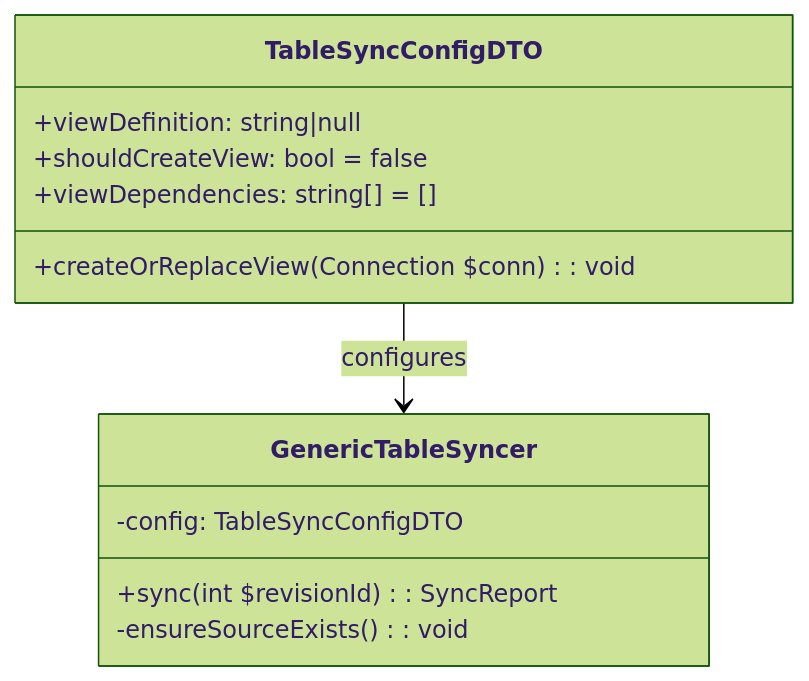
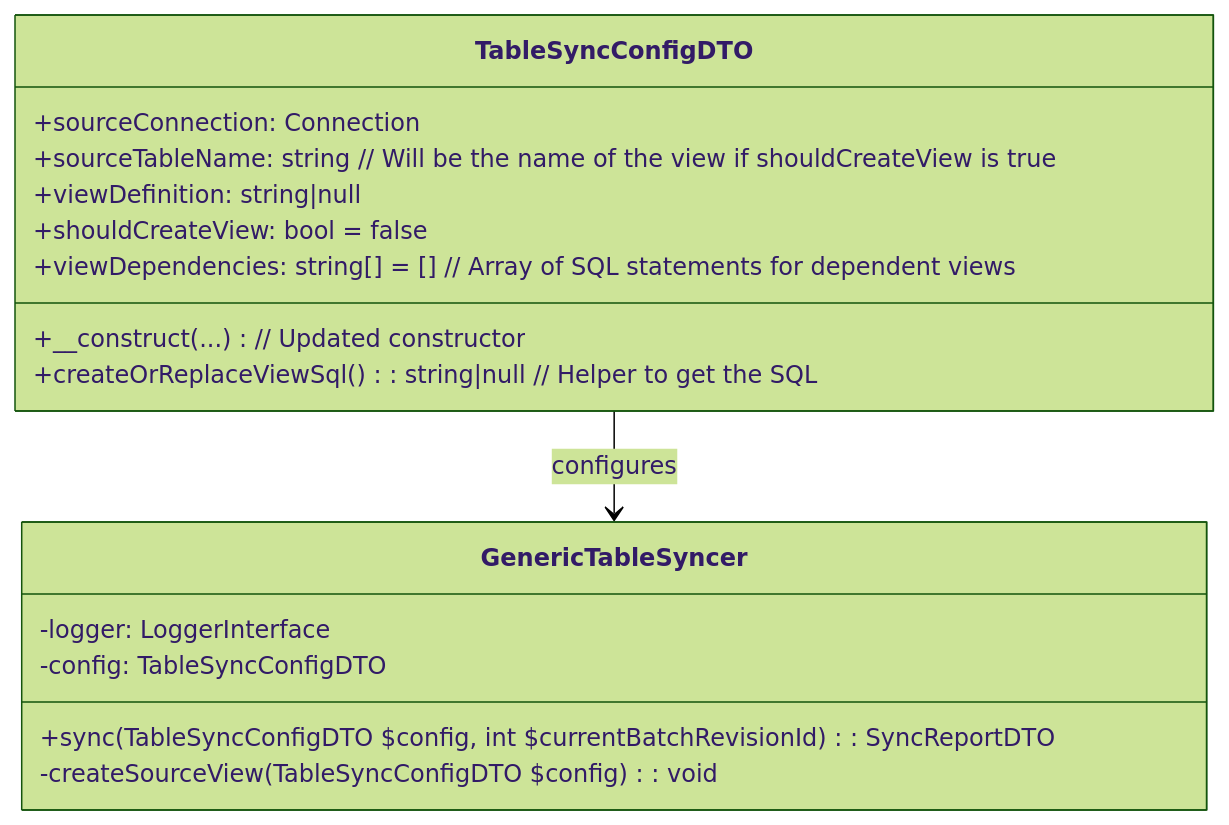
The first of 2 diagrams in ai_docs/plans/PLAN__table_syncer_view_feature.md (topdata-software-gmbh/table-syncer), drawn with Mermaid (forest theme) before and after one commit. The commit also changed other lines of this file, not shown here.

````diff
--- a/ai_docs/plans/PLAN__table_syncer_view_feature.md
+++ b/ai_docs/plans/PLAN__table_syncer_view_feature.md
@@ -7,17 +7,22 @@
 ```mermaid
 classDiagram
     class TableSyncConfigDTO {
+        +sourceConnection: Connection
+        +sourceTableName: string  // Will be the name of the view if shouldCreateView is true
         +viewDefinition: string|null
         +shouldCreateView: bool = false
-        +viewDependencies: string[] = []
-        +createOrReplaceView(Connection $conn): void
+        +viewDependencies: string[] = [] // Array of SQL statements for dependent views
+
+        +__construct(...) // Updated constructor
+        +createOrReplaceViewSql(): string|null // Helper to get the SQL
     }
-    
+
     class GenericTableSyncer {
+        -logger: LoggerInterface
         -config: TableSyncConfigDTO
-        +sync(int $revisionId): SyncReport
-        -ensureSourceExists(): void
+        +sync(TableSyncConfigDTO $config, int $currentBatchRevisionId): SyncReportDTO
+        -createSourceView(TableSyncConfigDTO $config): void
     }
-    
+
     TableSyncConfigDTO --> GenericTableSyncer : configures
 ```
````
